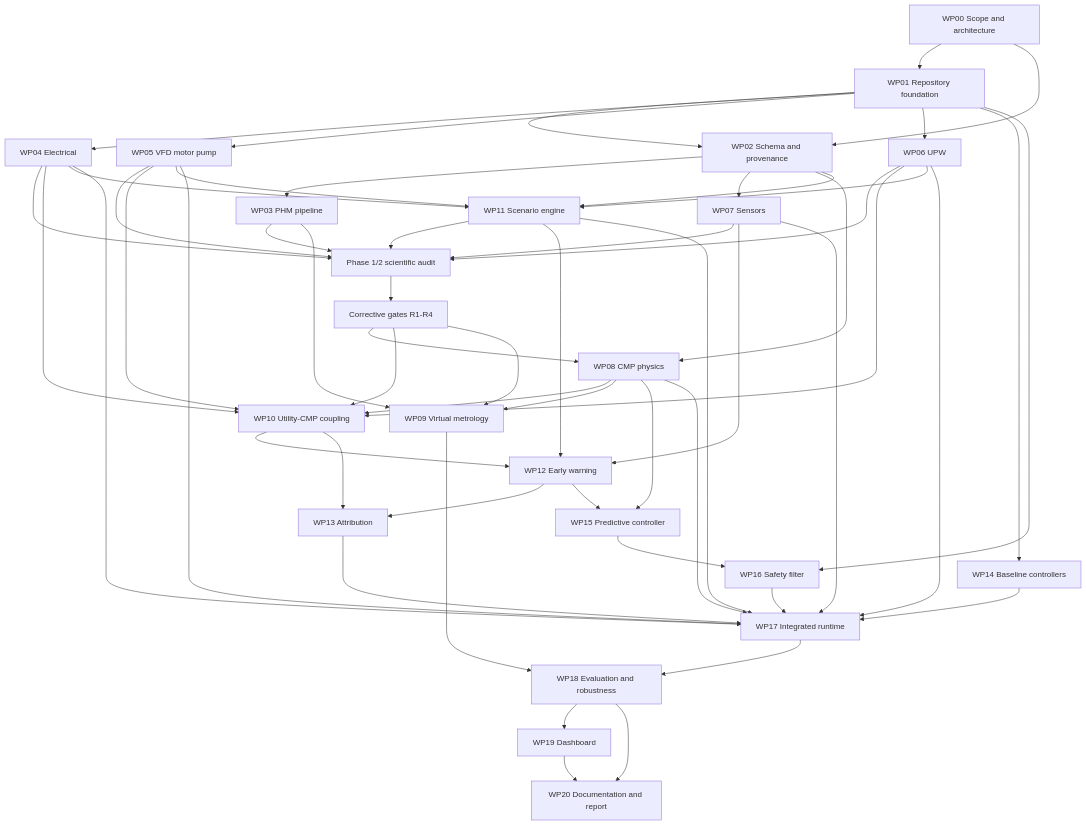
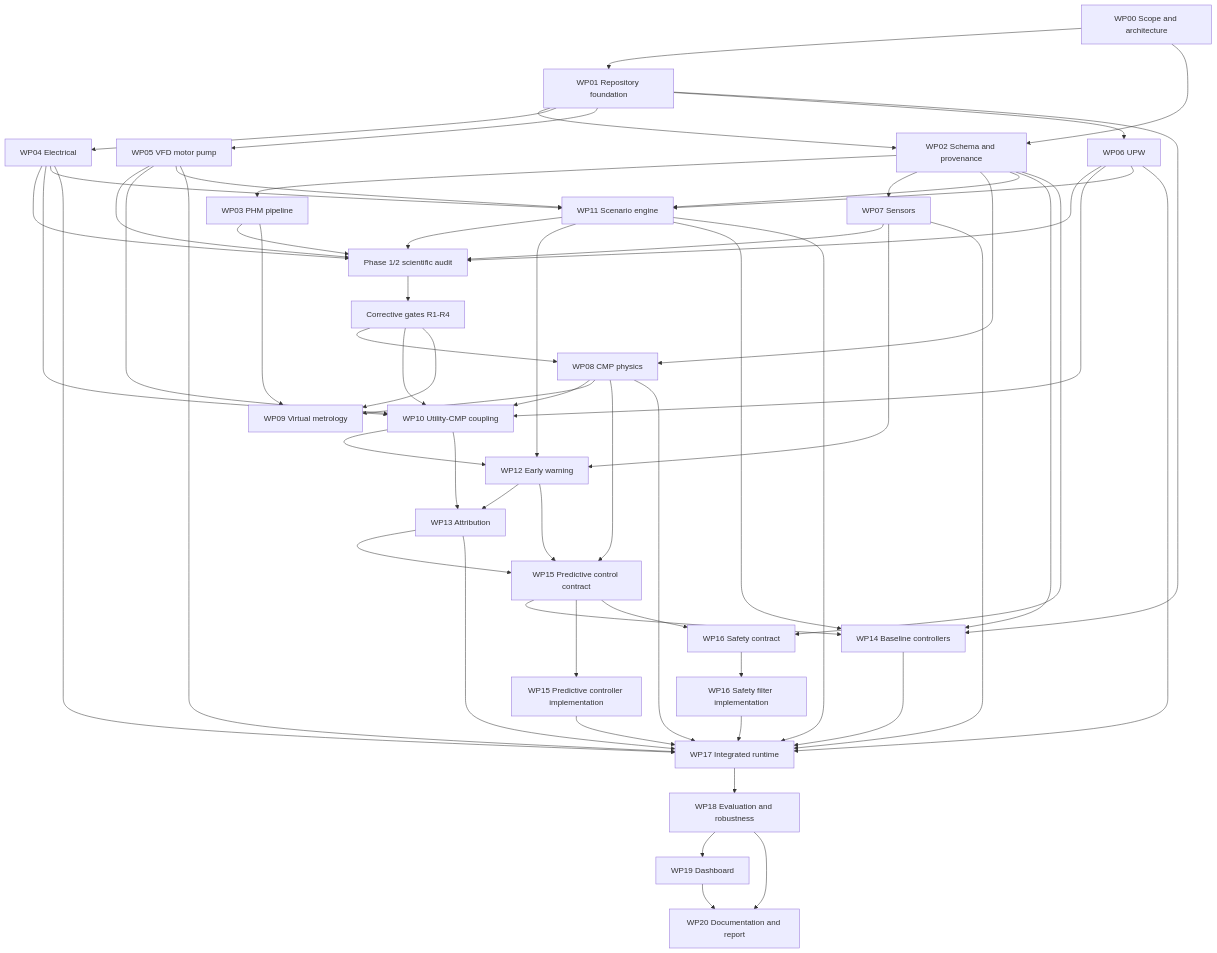
One commit to ananthakrishnagopal/PowerUPCMP changed the diagram in orchestration/dependency_graph.md. Above: the diagram before and after it, drawn with Mermaid. The commit also changed other lines of this file and 35 other files, not shown here.

````diff
--- a/orchestration/dependency_graph.md
+++ b/orchestration/dependency_graph.md
@@ -5,56 +5,62 @@
 ```mermaid
 flowchart TD
     A[WP00 Scope and architecture] --> B[WP01 Repository foundation]
     A --> C[WP02 Schema and provenance]
     B --> C
     C --> D[WP03 PHM pipeline]
     B --> E[WP04 Electrical]
     B --> F[WP05 VFD motor pump]
     B --> G[WP06 UPW]
     C --> H[WP07 Sensors]
     D --> V[Phase 1/2 scientific audit]
     E --> V
     F --> V
     G --> V
     H --> V
     L --> V
     V --> W[Corrective gates R1-R4]
     W --> I[WP08 CMP physics]
     W --> J[WP10 Utility-CMP coupling]
     W --> K[WP09 Virtual metrology]
     E --> J
     F --> J
     G --> J
     I --> J
     C --> I
     D --> K[WP09 Virtual metrology]
     I --> K
     C --> L[WP11 Scenario engine]
     E --> L
     F --> L
     G --> L
     H --> M[WP12 Early warning]
     J --> M
     L --> M
     M --> N[WP13 Attribution]
     J --> N
-    B --> O[WP14 Baseline controllers]
-    M --> P[WP15 Predictive controller]
+    M --> P[WP15 Predictive control contract]
     I --> P
-    B --> Q[WP16 Safety filter]
+    N --> P
+    P --> O[WP14 Baseline controllers]
+    B --> O
+    C --> O
+    L --> O
+    P --> PI[WP15 Predictive controller implementation]
+    C --> Q[WP16 Safety contract]
     P --> Q
+    Q --> QI[WP16 Safety filter implementation]
     O --> R[WP17 Integrated runtime]
+    PI --> R
     N --> R
-    Q --> R
+    QI --> R
     E --> R
     F --> R
     G --> R
     H --> R
     I --> R
     L --> R
     R --> S[WP18 Evaluation and robustness]
-    K --> S
     S --> T[WP19 Dashboard]
     S --> U[WP20 Documentation and report]
     T --> U
 ```
````
